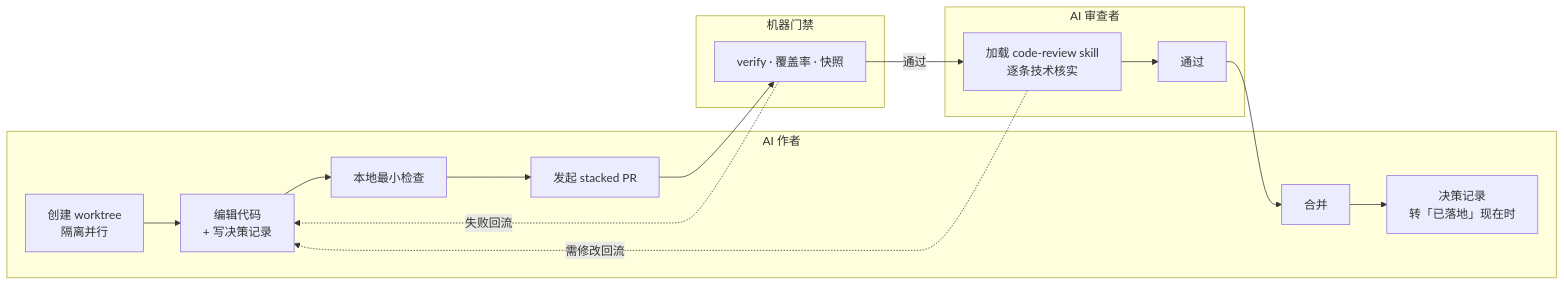
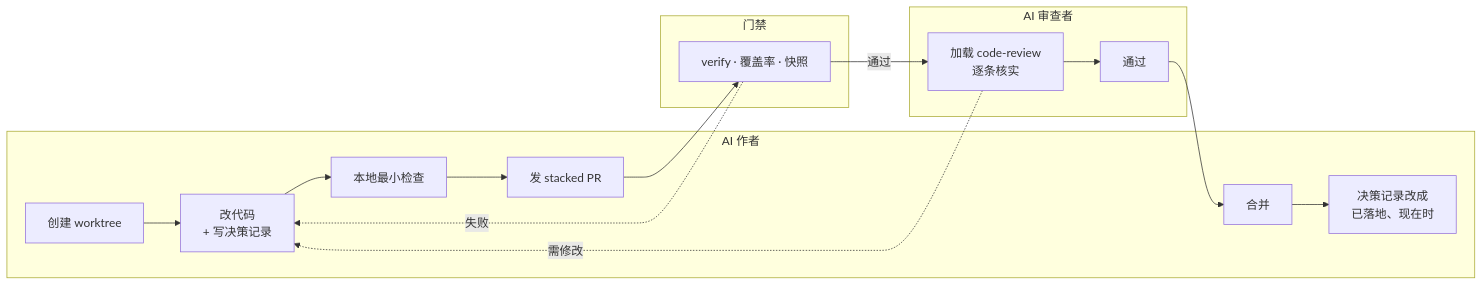
The fifth of 5 diagrams in README.md (zszz3/dsh-VibeCoding), drawn with Mermaid before and after one commit. The commit also changed other lines of this file and 148 other files, not shown here.

````diff
--- a/README.md
+++ b/README.md
@@ -235,18 +217,18 @@
 ```mermaid
 flowchart LR
   subgraph A["AI 作者"]
-    A1["创建 worktree<br/>隔离并行"] --> A2["编辑代码<br/>+ 写决策记录"] --> A3["本地最小检查"] --> A4["发起 stacked PR"]
-    A9["合并"] --> A10["决策记录<br/>转「已落地」现在时"]
+    A1["创建 worktree"] --> A2["改代码<br/>+ 写决策记录"] --> A3["本地最小检查"] --> A4["发 stacked PR"]
+    A9["合并"] --> A10["决策记录改成<br/>已落地、现在时"]
   end
-  subgraph G["机器门禁"]
+  subgraph G["门禁"]
     G1["verify · 覆盖率 · 快照"]
   end
   subgraph R["AI 审查者"]
-    R1["加载 code-review skill<br/>逐条技术核实"] --> R2["通过"]
+    R1["加载 code-review<br/>逐条核实"] --> R2["通过"]
   end
   A4 --> G1
   G1 -->|通过| R1
-  G1 -.->|失败回流| A2
-  R1 -.->|需修改回流| A2
+  G1 -.->|失败| A2
+  R1 -.->|需修改| A2
   R2 --> A9
 ```
````
